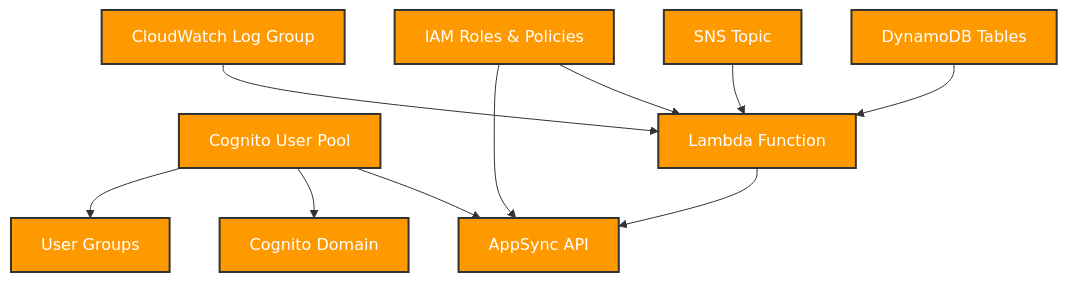
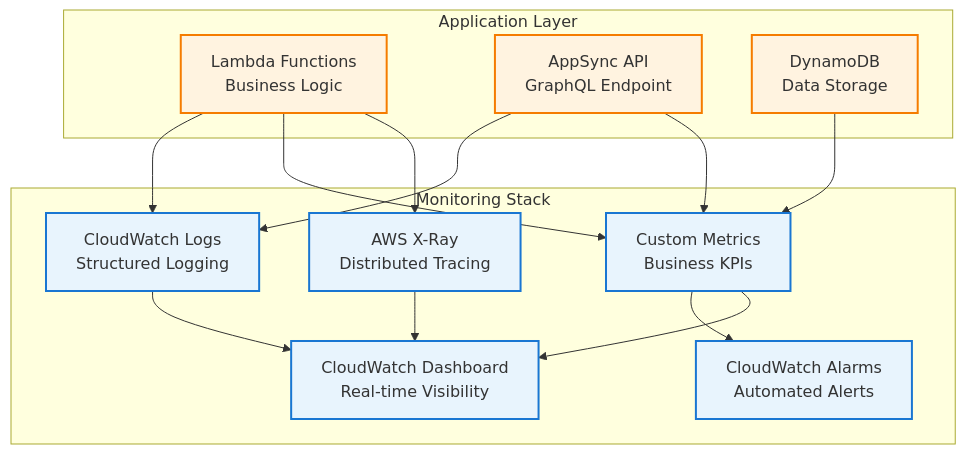
Before and after one commit to mangucletus/aws-serverless-task-management-system: the fourth of 4 diagrams in backend/README.md, drawn with Mermaid. The commit also changed other lines of this file and 21 other files, not shown here.

````diff
--- a/backend/README.md
+++ b/backend/README.md
@@ -617,16 +3604,34 @@
 ```mermaid
-graph TD
-    COGNITO[Cognito User Pool] --> APPSYNC[AppSync API]
-    LAMBDA[Lambda Function] --> APPSYNC
-    DYNAMODB[DynamoDB Tables] --> LAMBDA
-    IAM[IAM Roles & Policies] --> LAMBDA
-    IAM --> APPSYNC
-    SNS[SNS Topic] --> LAMBDA
-    CLOUDWATCH[CloudWatch Log Group] --> LAMBDA
+graph TB
+    subgraph "Monitoring Stack"
+        CW[CloudWatch Logs<br/>Structured Logging]
+        METRICS[Custom Metrics<br/>Business KPIs]
+        ALARMS[CloudWatch Alarms<br/>Automated Alerts]
+        DASH[CloudWatch Dashboard<br/>Real-time Visibility]
+        XRAY[AWS X-Ray<br/>Distributed Tracing]
+    end
     
-    COGNITO --> DOMAIN[Cognito Domain]
-    COGNITO --> GROUPS[User Groups]
+    subgraph "Application Layer"
+        LAMBDA[Lambda Functions<br/>Business Logic]
+        APPSYNC[AppSync API<br/>GraphQL Endpoint]
+        DDB[DynamoDB<br/>Data Storage]
+    end
     
-    classDef aws fill:#ff9900,stroke:#333,stroke-width:2px,color:#fff
-    class COGNITO,APPSYNC,LAMBDA,DYNAMODB,IAM,SNS,CLOUDWATCH,DOMAIN,GROUPS aws
+    LAMBDA --> CW
+    LAMBDA --> METRICS
+    LAMBDA --> XRAY
+    APPSYNC --> CW
+    APPSYNC --> METRICS
+    DDB --> METRICS
+    
+    METRICS --> ALARMS
+    METRICS --> DASH
+    CW --> DASH
+    XRAY --> DASH
+    
+    classDef monitoring fill:#e8f4fd,stroke:#1976d2,stroke-width:2px
+    classDef application fill:#fff3e0,stroke:#f57c00,stroke-width:2px
+    
+    class CW,METRICS,ALARMS,DASH,XRAY monitoring
+    class LAMBDA,APPSYNC,DDB application
 ```
````
